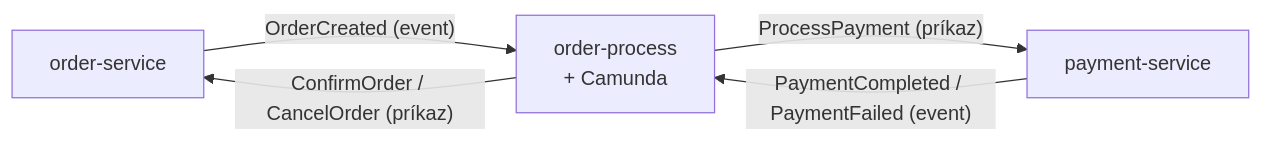
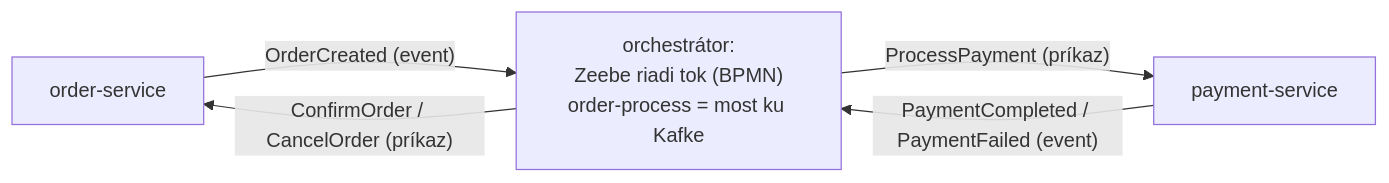
One commit to eriskooo/event-driven-demo changed the first of 3 diagrams in docs/poznamky/01_co_je_event_driven.md. Above: the diagram before and after it, drawn with Mermaid. The commit also changed other lines of this file and 55 other files, not shown here.

First line of the commit message:
Condense README and clarify Camunda's role in diagrams

````diff
--- a/docs/poznamky/01_co_je_event_driven.md
+++ b/docs/poznamky/01_co_je_event_driven.md
@@ -58,7 +58,7 @@
 ```mermaid
 flowchart LR
-    OS[order-service] -- "OrderCreated (event)" --> OP[order-process<br/>+ Camunda]
+    OS[order-service] -- "OrderCreated (event)" --> OP["orchestrátor:<br/>Zeebe riadi tok (BPMN)<br/>order-process = most ku Kafke"]
     OP -- "ProcessPayment (príkaz)" --> PS[payment-service]
     PS -- "PaymentCompleted / PaymentFailed (event)" --> OP
     OP -- "ConfirmOrder / CancelOrder (príkaz)" --> OS
 ```
````
